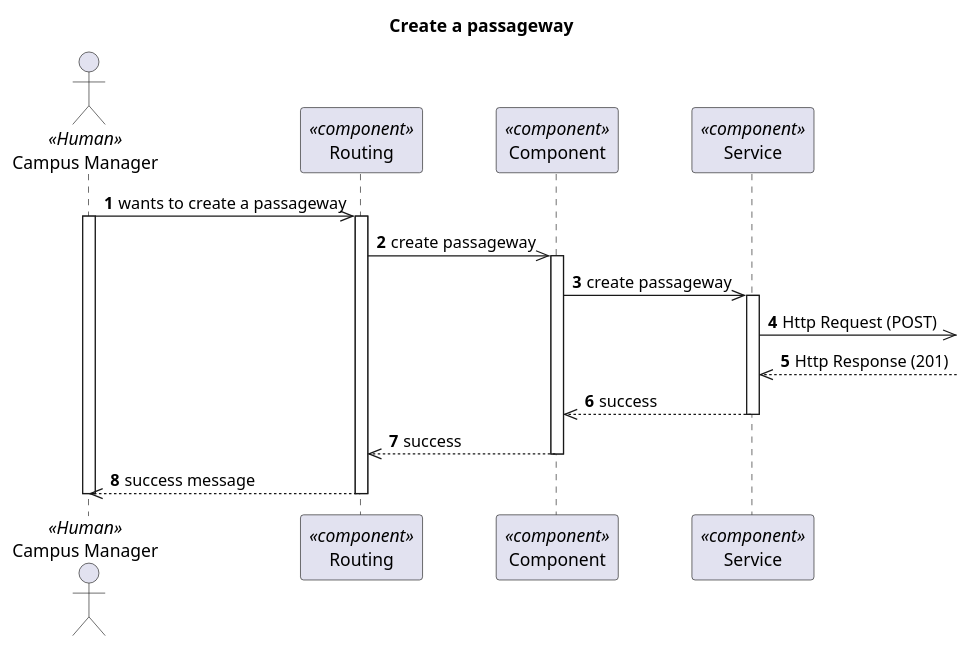
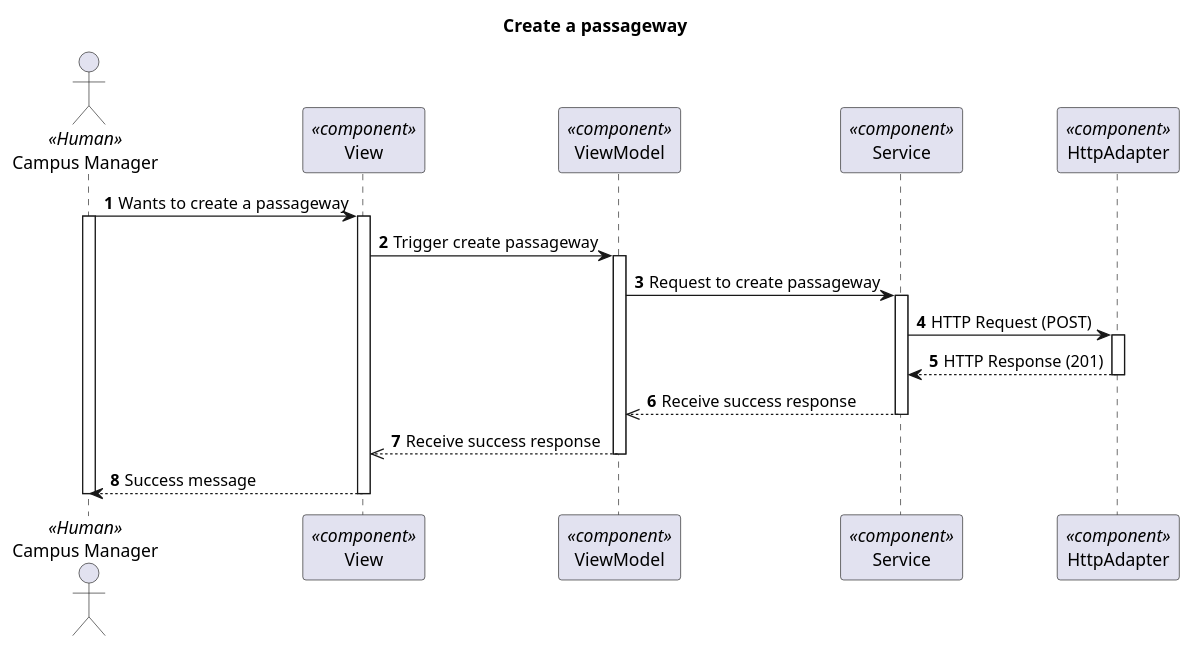
The diagram in docs/VistaProcesso/US240(1170)/Visualization/ProcessView_Level3_US1170.puml (1210910/lapr5), drawn with PlantUML before and after one commit. The commit also changed 63 other files, not shown here.

```diff
--- a/docs/VistaProcesso/US240(1170)/Visualization/ProcessView_Level3_US1170.puml
+++ b/docs/VistaProcesso/US240(1170)/Visualization/ProcessView_Level3_US1170.puml
@@ -1,35 +1,38 @@
 @startuml Process View - Level 3 - Create a passageway
 
 autonumber
 skinparam packageStyle rect
 
 title Create a passageway
 
 actor "Campus Manager" as CM <<Human>>
-participant "Routing" as routing <<component>>
-participant "Component" as comp <<component>>
+participant "View" as view <<component>>
+participant "ViewModel" as viewModel <<component>>
 participant "Service" as service <<component>>
+participant "HttpAdapter" as httpAdapter <<component>>
 
-CM->> routing : wants to create a passageway
+CM -> view : Wants to create a passageway
 activate CM
-activate routing
-routing ->> comp : create passageway
+activate view
+view -> viewModel : Trigger create passageway
 
-activate comp
-comp ->> service : create passageway
+activate viewModel
+viewModel -> service : Request to create passageway
 
 activate service
-service ->> : Http Request (POST)
-service <<-- : Http Response (201)
+service -> httpAdapter : HTTP Request (POST)
+activate httpAdapter
+httpAdapter --> service : HTTP Response (201)
+deactivate httpAdapter
 
-service -->> comp : success
+service -->> viewModel : Receive success response
 deactivate service
 
-comp -->> routing : success
-deactivate comp
+viewModel -->> view : Receive success response
+deactivate viewModel
 
-CM<<-- routing : success message
-deactivate routing
+view --> CM : Success message
+deactivate view
+
 deactivate CM
-
 @enduml
```
